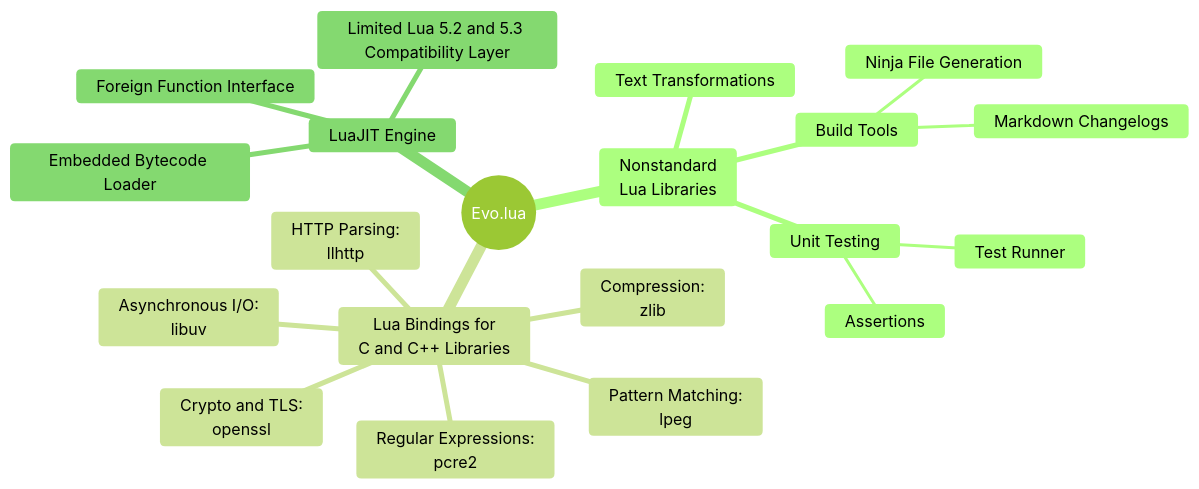
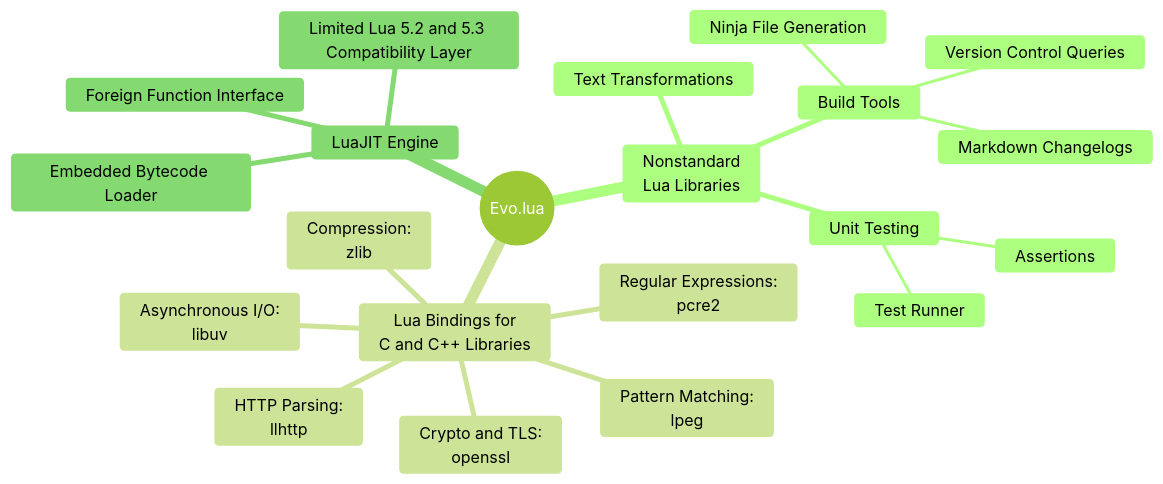
The diagram in docs/background-information/architecture/mindmap.mmd (evo-lua/evo-lua.github.io), drawn with Mermaid (forest theme) before and after one commit.

```diff
--- a/docs/background-information/architecture/mindmap.mmd
+++ b/docs/background-information/architecture/mindmap.mmd
@@ -1,21 +1,22 @@
 mindmap
   root((Evo.lua))
     Nonstandard<br/>Lua Libraries
       Text Transformations
       Build Tools
         Ninja File Generation
         Markdown Changelogs
+        Version Control Queries
       Unit Testing
         Test Runner
         Assertions
     Lua Bindings for<br/>C and C++ Libraries
       Asynchronous I/O:<br/>libuv
       Crypto and TLS:<br/>openssl
       Compression:<br/>zlib
       Regular Expressions:<br/>pcre2
       Pattern Matching:<br/>lpeg
       HTTP Parsing:<br/>llhttp
     LuaJIT Engine
       Foreign Function Interface
       Embedded Bytecode Loader
       Limited Lua 5.2 and 5.3 Compatibility Layer
```
